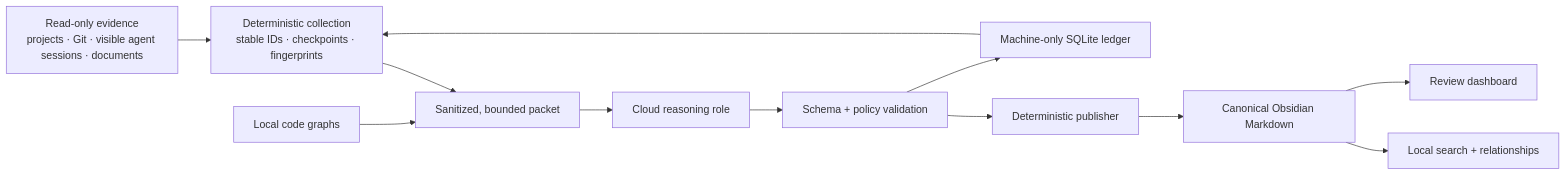
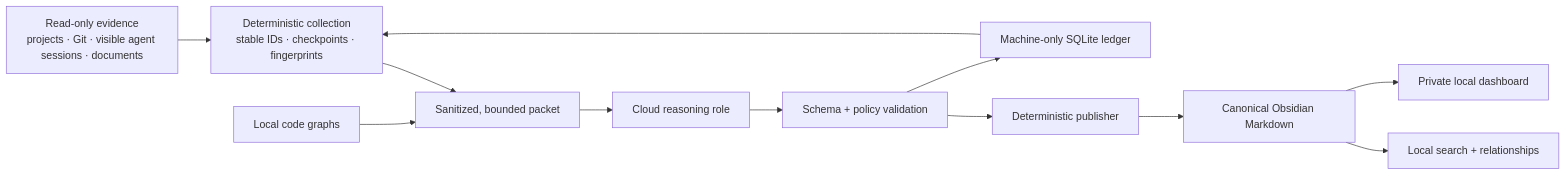
One commit to shaiadams10/sa-second-brain-protocol changed the first of 2 diagrams in README.md. Above: the diagram before and after it, drawn with Mermaid. The commit also changed other lines of this file and 82 other files, not shown here.

````diff
--- a/README.md
+++ b/README.md
@@ -48,14 +48,14 @@
 ```mermaid
 flowchart LR
     A["Read-only evidence<br/>projects · Git · visible agent sessions · documents"] --> B["Deterministic collection<br/>stable IDs · checkpoints · fingerprints"]
     B --> C["Sanitized, bounded packet"]
     C --> D["Cloud reasoning role"]
     D --> E["Schema + policy validation"]
     E --> F["Deterministic publisher"]
     F --> G["Canonical Obsidian Markdown"]
     G --> H["Local search + relationships"]
-    G --> I["Review dashboard"]
+    G --> I["Private local dashboard"]
     J["Local code graphs"] --> C
     K["Machine-only SQLite ledger"] --> B
     E --> K
 ```
````
